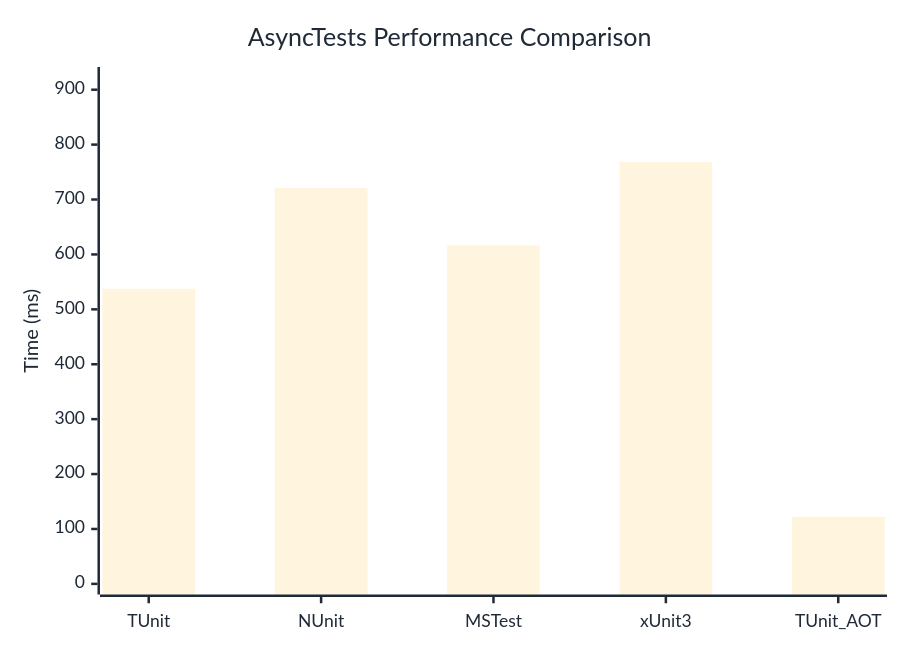
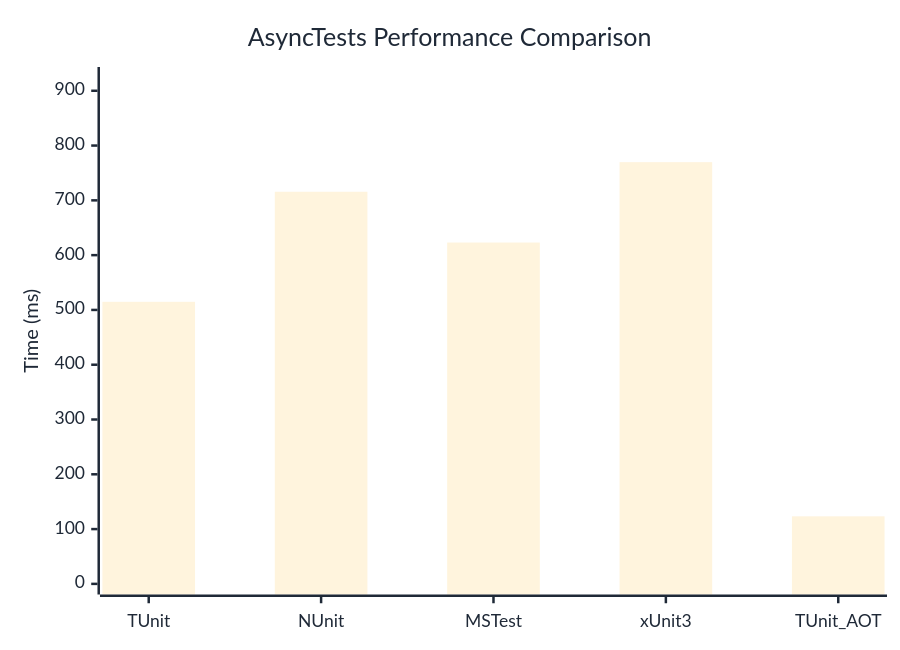
One commit to thomhurst/TUnit changed the diagram in docs/docs/benchmarks/AsyncTests.md. Above: the diagram before and after it, drawn with Mermaid. The commit also changed other lines of this file and 17 other files, not shown here.

````diff
--- a/docs/docs/benchmarks/AsyncTests.md
+++ b/docs/docs/benchmarks/AsyncTests.md
@@ -27,37 +27,37 @@
 ```mermaid
 %%{init: {
   'theme':'base',
   'themeVariables': {
     'primaryColor': '#2563eb',
     'primaryTextColor': '#1f2937',
     'primaryBorderColor': '#1e40af',
     'lineColor': '#6b7280',
     'secondaryColor': '#7c3aed',
     'tertiaryColor': '#dc2626',
     'background': '#ffffff',
     'mainBkg': '#2563eb',
     'secondBkg': '#7c3aed',
     'tertiaryBkg': '#dc2626',
     'clusterBkg': '#f3f4f6',
     'edgeLabelBackground': '#ffffff',
     'tertiaryTextColor': '#1f2937',
     'pie1': '#2563eb',
     'pie2': '#7c3aed',
     'pie3': '#dc2626',
     'pie4': '#f59e0b',
     'pie5': '#10b981',
     'pie6': '#06b6d4',
     'pie7': '#ec4899',
     'pie8': '#6366f1',
     'pie9': '#84cc16',
     'pie10': '#f97316',
     'pie11': '#14b8a6',
     'pie12': '#a855f7'
   }
 }}%%
 xychart-beta
   title "AsyncTests Performance Comparison"
   x-axis ["TUnit", "NUnit", "MSTest", "xUnit3", "TUnit_AOT"]
-  y-axis "Time (ms)" 0 --> 922
-  bar [537.5, 721.3, 616.3, 768.1, 122.3]
+  y-axis "Time (ms)" 0 --> 924
+  bar [514.8, 715.7, 623, 769.7, 123.3]
 ```
````
